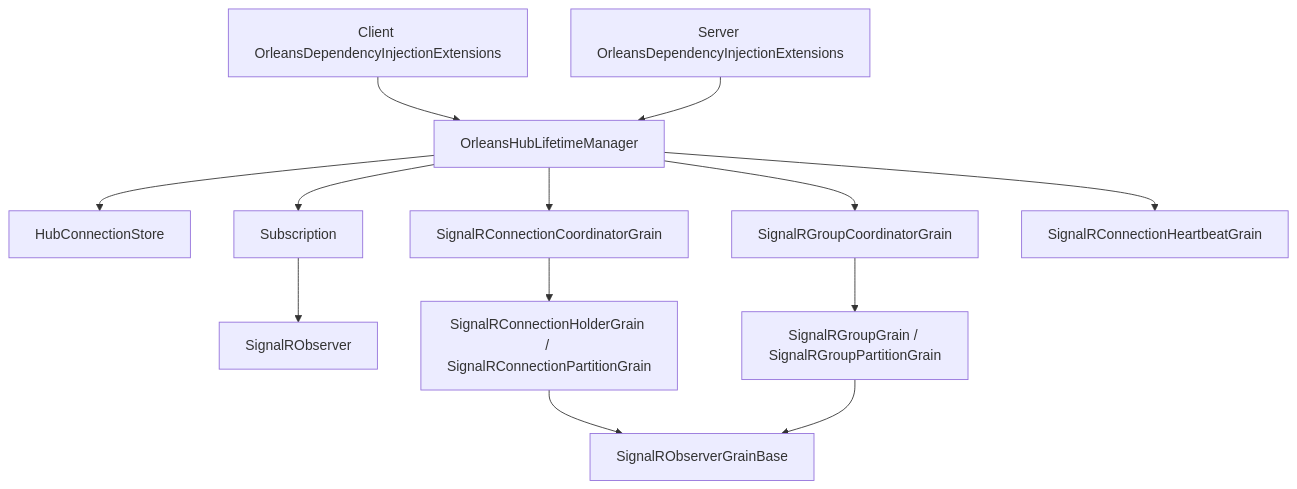
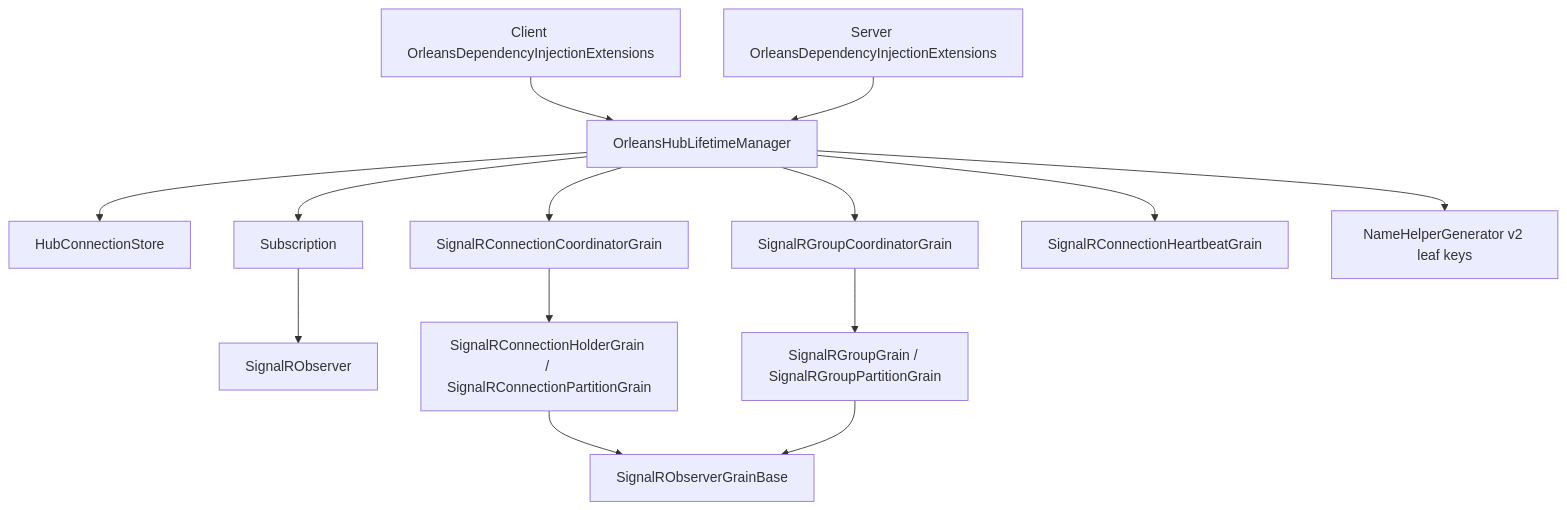
One commit to managedcode/Orleans.SignalR changed the third of 3 diagrams in docs/Architecture/Overview.md. Above: the diagram before and after it, drawn with Mermaid. The commit also changed other lines of this file and 42 other files, not shown here.

````diff
--- a/docs/Architecture/Overview.md
+++ b/docs/Architecture/Overview.md
@@ -70,26 +70,28 @@
 ```mermaid
 flowchart TD
   ClientDI["Client OrleansDependencyInjectionExtensions"]
   ServerDI["Server OrleansDependencyInjectionExtensions"]
   Lifetime["OrleansHubLifetimeManager"]
   Store["HubConnectionStore"]
   Subscription["Subscription"]
   Observer["SignalRObserver"]
   ConnCoordinator["SignalRConnectionCoordinatorGrain"]
   ConnTarget["SignalRConnectionHolderGrain / SignalRConnectionPartitionGrain"]
   GroupCoordinator["SignalRGroupCoordinatorGrain"]
   GroupTarget["SignalRGroupGrain / SignalRGroupPartitionGrain"]
   Heartbeat["SignalRConnectionHeartbeatGrain"]
   ObserverBase["SignalRObserverGrainBase"]
+  KeyEncoder["NameHelperGenerator v2 leaf keys"]
 
   ClientDI --> Lifetime
   ServerDI --> Lifetime
   Lifetime --> Store
   Lifetime --> Subscription
   Subscription --> Observer
   Lifetime --> ConnCoordinator --> ConnTarget
   Lifetime --> GroupCoordinator --> GroupTarget
   Lifetime --> Heartbeat
+  Lifetime --> KeyEncoder
   ConnTarget --> ObserverBase
   GroupTarget --> ObserverBase
 ```
````
